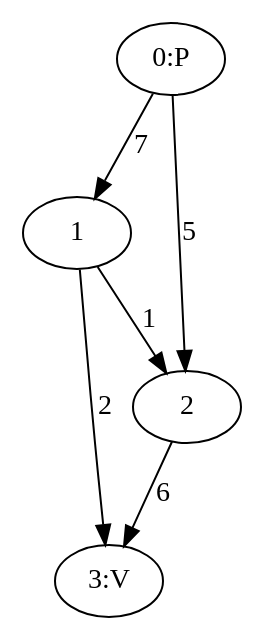
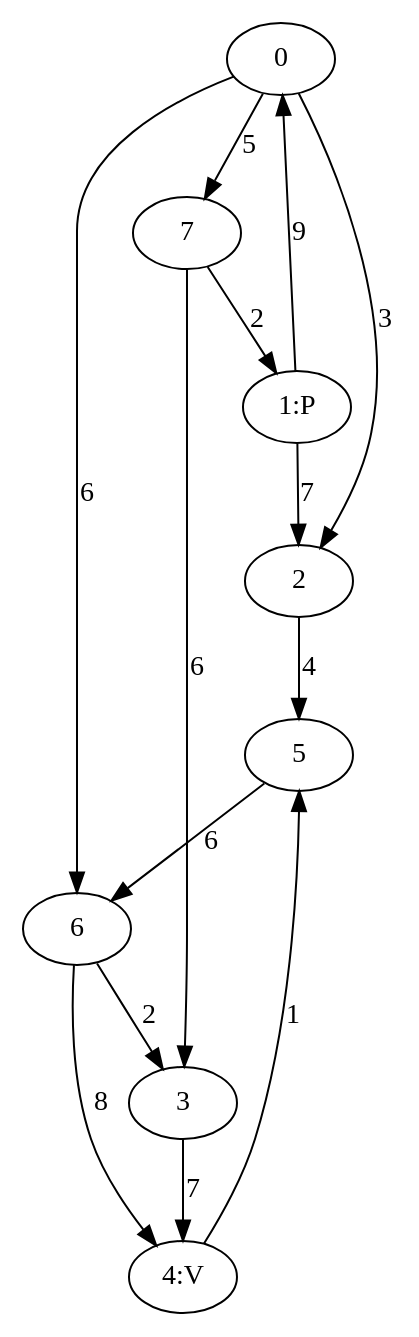
The diagram in Tars/Fietsnetwerk/cmake-build-debug/sn.dot (astverha/ogla2), drawn with Graphviz before and after one commit. The commit also changed 83 other files, not shown here.

```diff
--- a/Tars/Fietsnetwerk/cmake-build-debug/sn.dot
+++ b/Tars/Fietsnetwerk/cmake-build-debug/sn.dot
@@ -1,8 +1,15 @@
 digraph {
-"0:P" -> 1[label="7"];
-"0:P" -> 2[label="5"];
-1 -> 2[label="1"];
-1 -> "3:V"[label="2"];
-2 -> "3:V"[label="6"];
-"3:V";
+0 -> 2[label="3"];
+0 -> 6[label="6"];
+0 -> 7[label="5"];
+"1:P" -> 0[label="9"];
+"1:P" -> 2[label="7"];
+2 -> 5[label="4"];
+3 -> "4:V"[label="7"];
+"4:V" -> 5[label="1"];
+5 -> 6[label="6"];
+6 -> 3[label="2"];
+6 -> "4:V"[label="8"];
+7 -> "1:P"[label="2"];
+7 -> 3[label="6"];
 }
```
